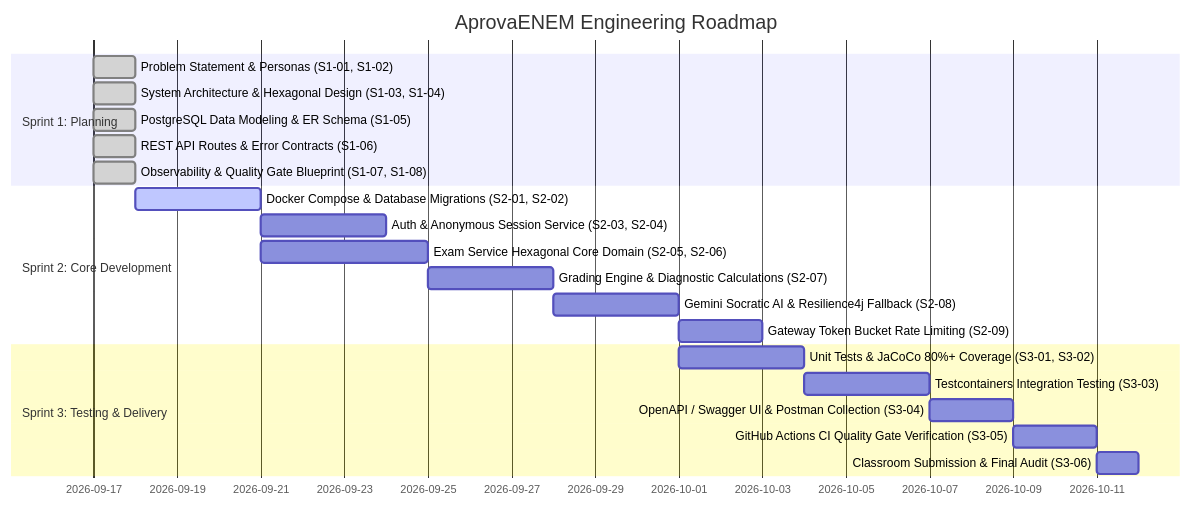
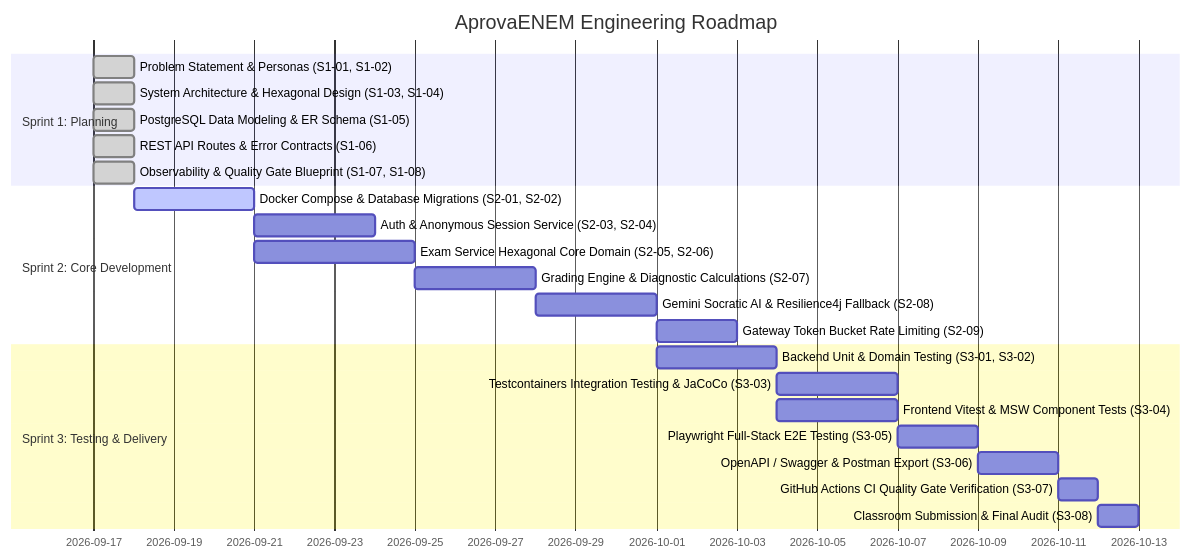
One commit to Veras-D/AprovaENEM changed the diagram in docs/BACKLOG.md. Above: the diagram before and after it, drawn with Mermaid. The commit also changed other lines of this file and 3 other files, not shown here.

Commit message:
docs: expand quality gate with full test pyramid, E2E, frontend tests, and JaCoCo unified coverage

````diff
--- a/docs/BACKLOG.md
+++ b/docs/BACKLOG.md
@@ -11,24 +11,26 @@
 ```mermaid
 gantt
     title AprovaENEM Engineering Roadmap
     dateFormat  YYYY-MM-DD
     section Sprint 1: Planning
     Problem Statement & Personas (S1-01, S1-02)        :done, s1_1, 2026-09-17, 1d
     System Architecture & Hexagonal Design (S1-03, S1-04):done, s1_2, 2026-09-17, 1d
     PostgreSQL Data Modeling & ER Schema (S1-05)       :done, s1_3, 2026-09-17, 1d
     REST API Routes & Error Contracts (S1-06)          :done, s1_4, 2026-09-17, 1d
     Observability & Quality Gate Blueprint (S1-07, S1-08):done, s1_5, 2026-09-17, 1d
     section Sprint 2: Core Development
     Docker Compose & Database Migrations (S2-01, S2-02):active, s2_1, 2026-09-18, 3d
     Auth & Anonymous Session Service (S2-03, S2-04)    :s2_2, after s2_1, 3d
     Exam Service Hexagonal Core Domain (S2-05, S2-06)   :s2_3, after s2_1, 4d
     Grading Engine & Diagnostic Calculations (S2-07)   :s2_4, after s2_3, 3d
     Gemini Socratic AI & Resilience4j Fallback (S2-08) :s2_5, after s2_4, 3d
     Gateway Token Bucket Rate Limiting (S2-09)         :s2_6, after s2_5, 2d
     section Sprint 3: Testing & Delivery
-    Unit Tests & JaCoCo 80%+ Coverage (S3-01, S3-02)   :s3_1, 2026-10-01, 3d
-    Testcontainers Integration Testing (S3-03)         :s3_2, after s3_1, 3d
-    OpenAPI / Swagger UI & Postman Collection (S3-04)  :s3_3, after s3_2, 2d
-    GitHub Actions CI Quality Gate Verification (S3-05):s3_4, after s3_3, 2d
-    Classroom Submission & Final Audit (S3-06)         :s3_5, after s3_4, 1d
+    Backend Unit & Domain Testing (S3-01, S3-02)        :s3_1, 2026-10-01, 3d
+    Testcontainers Integration Testing & JaCoCo (S3-03) :s3_2, after s3_1, 3d
+    Frontend Vitest & MSW Component Tests (S3-04)       :s3_3, after s3_1, 3d
+    Playwright Full-Stack E2E Testing (S3-05)           :s3_4, after s3_2, 2d
+    OpenAPI / Swagger & Postman Export (S3-06)          :s3_5, after s3_4, 2d
+    GitHub Actions CI Quality Gate Verification (S3-07) :s3_6, after s3_5, 1d
+    Classroom Submission & Final Audit (S3-08)          :s3_7, after s3_6, 1d
 ```
````
